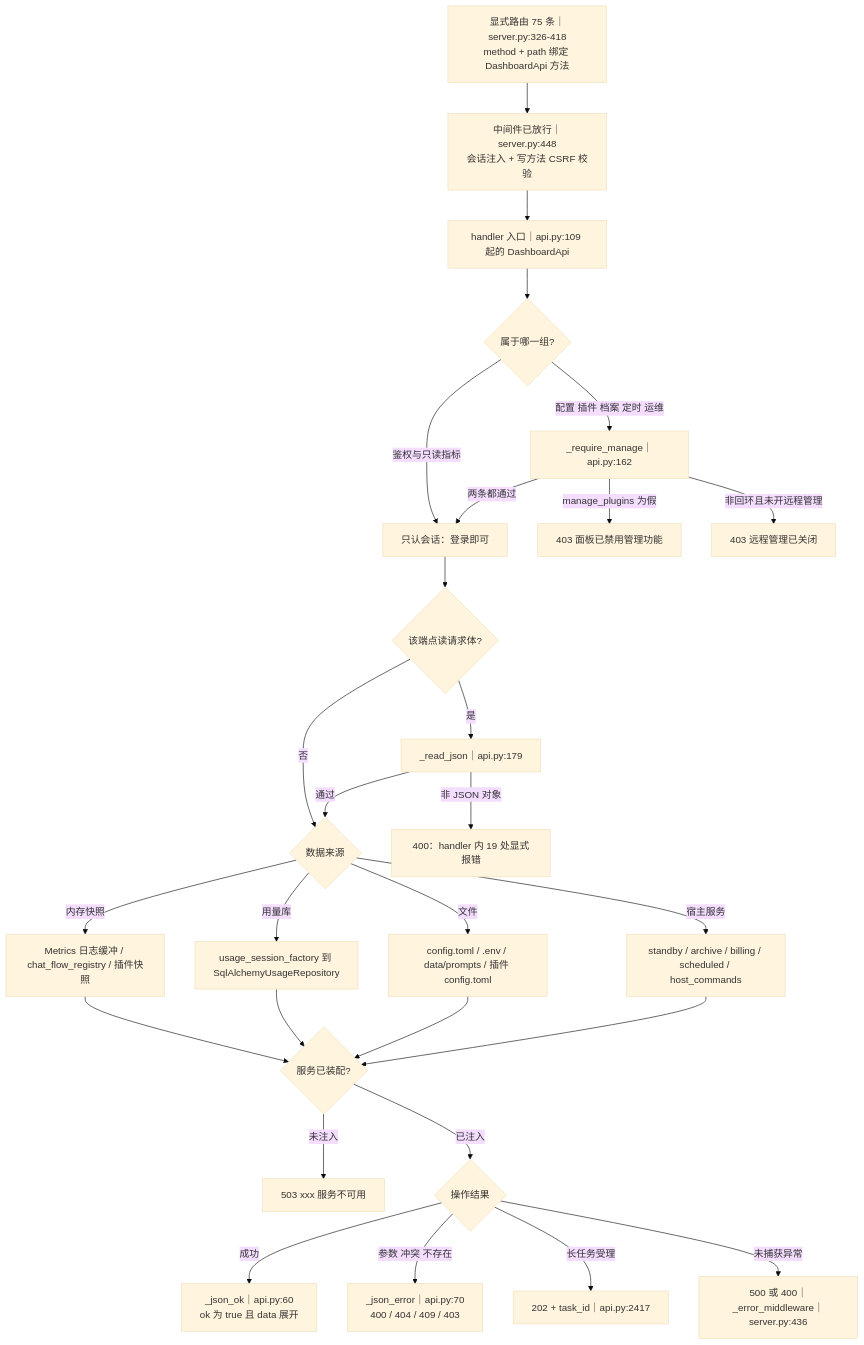
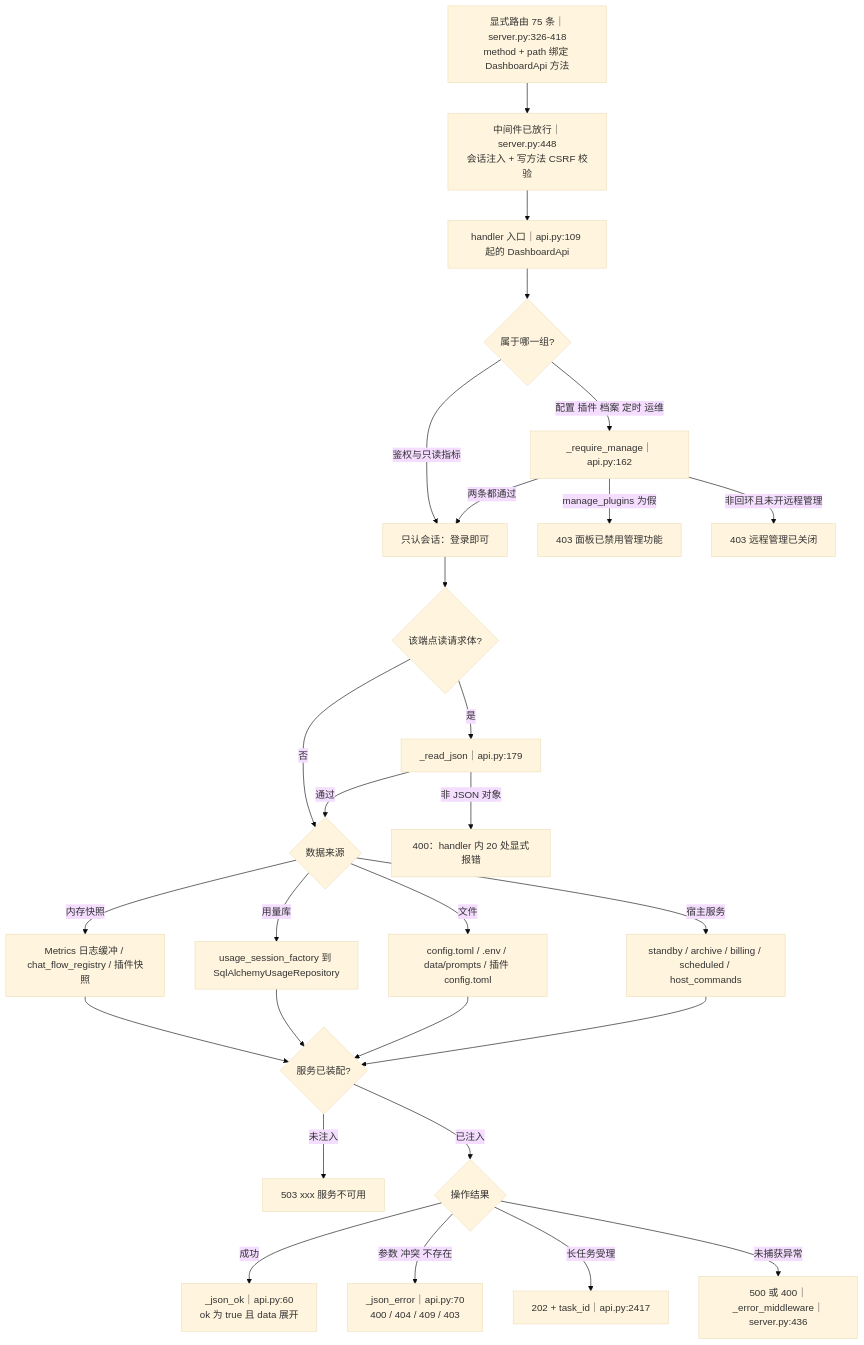
One commit to SuperQuail/NeoBot changed the first of 13 diagrams in docs/flow/09b-dashboard-api.md. Above: the diagram before and after it, drawn with Mermaid (base theme). The commit also changed other lines of this file and 10 other files, not shown here.

First line of the commit message:
docs(flow): 第三批拆分图（07b/08b/09b/09c/12/13/14）+ 新增 FINDINGS.md 事实台账

````diff
--- a/docs/flow/09b-dashboard-api.md
+++ b/docs/flow/09b-dashboard-api.md
@@ -58,30 +58,30 @@
 ```mermaid
 flowchart TD
     R["显式路由 75 条｜server.py:326-418<br/>method + path 绑定 DashboardApi 方法"] --> MW["中间件已放行｜server.py:448<br/>会话注入 + 写方法 CSRF 校验"]
     MW --> H["handler 入口｜api.py:109 起的 DashboardApi"]
     H --> G{"属于哪一组?"}
     G -- 鉴权与只读指标 --> P0["只认会话：登录即可"]
     G -- 配置 插件 档案 定时 运维 --> P1["_require_manage｜api.py:162"]
     P1 -- manage_plugins 为假 --> D1["403 面板已禁用管理功能"]
     P1 -- 非回环且未开远程管理 --> D2["403 远程管理已关闭"]
     P1 -- 两条都通过 --> P0
     P0 --> B{"该端点读请求体?"}
     B -- 否 --> S{"数据来源"}
     B -- 是 --> B1["_read_json｜api.py:179"]
-    B1 -- 非 JSON 对象 --> B2["400：handler 内 19 处显式报错"]
+    B1 -- 非 JSON 对象 --> B2["400：handler 内 20 处显式报错"]
     B1 -- 通过 --> S
     S -- 内存快照 --> S1["Metrics 日志缓冲 / chat_flow_registry / 插件快照"]
     S -- 用量库 --> S2["usage_session_factory 到 SqlAlchemyUsageRepository"]
     S -- 文件 --> S3["config.toml / .env / data/prompts / 插件 config.toml"]
     S -- 宿主服务 --> S4["standby / archive / billing / scheduled / host_commands"]
     S1 --> N{"服务已装配?"}
     S2 --> N
     S3 --> N
     S4 --> N
     N -- 未注入 --> N1["503 xxx 服务不可用"]
     N -- 已注入 --> O{"操作结果"}
     O -- 成功 --> O1["_json_ok｜api.py:60<br/>ok 为 true 且 data 展开"]
     O -- 参数 冲突 不存在 --> O2["_json_error｜api.py:70<br/>400 / 404 / 409 / 403"]
     O -- 长任务受理 --> O3["202 + task_id｜api.py:2417"]
     O -- 未捕获异常 --> O4["500 或 400｜_error_middleware｜server.py:436"]
 ```
````
